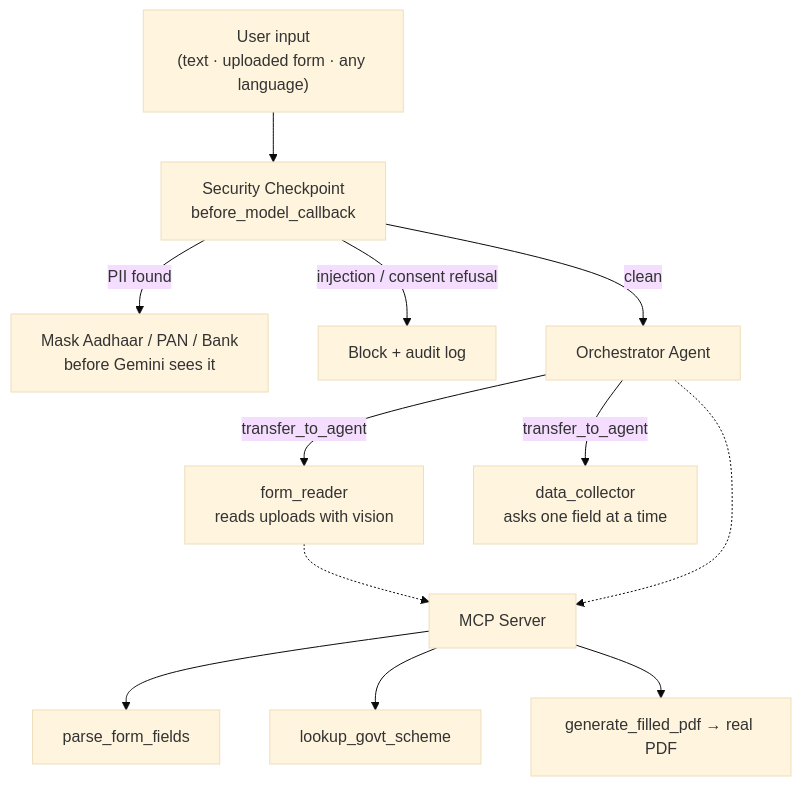
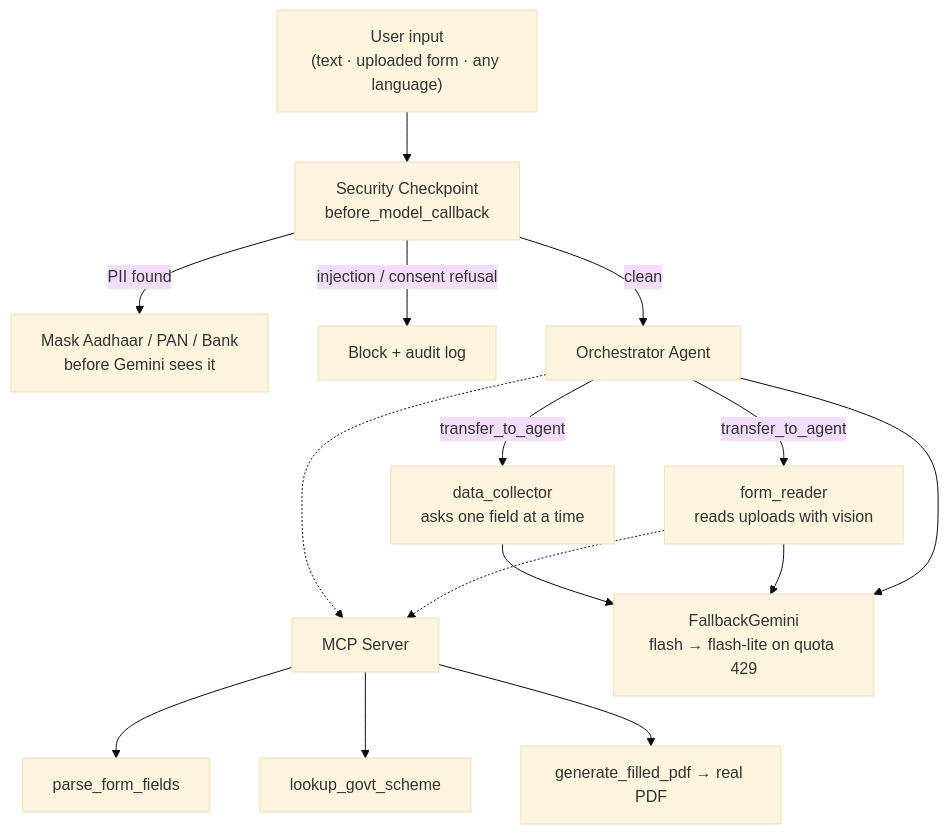
The diagram in README.md (MohammSameer/sugam-form-filler), drawn with Mermaid (base theme) before and after one commit. The commit also changed other lines of this file and 36 other files, not shown here.

````diff
--- a/README.md
+++ b/README.md
@@ -54,16 +69,20 @@
 ```mermaid
 graph TD
     User["User input<br/>(text · uploaded form · any language)"] --> Sec[Security Checkpoint<br/>before_model_callback]
     Sec -- "PII found" --> Mask["Mask Aadhaar / PAN / Bank<br/>before Gemini sees it"]
     Sec -- "injection / consent refusal" --> Block[Block + audit log]
     Sec -- "clean" --> Orch[Orchestrator Agent]
 
     Orch -- "transfer_to_agent" --> FR[form_reader<br/>reads uploads with vision]
     Orch -- "transfer_to_agent" --> DC[data_collector<br/>asks one field at a time]
 
     FR -.-> MCP[MCP Server]
     Orch -.-> MCP
     MCP --> T1[parse_form_fields]
     MCP --> T2[lookup_govt_scheme]
     MCP --> T3["generate_filled_pdf → real PDF"]
+
+    Orch --> FM["FallbackGemini<br/>flash → flash-lite on quota 429"]
+    FR --> FM
+    DC --> FM
 ```
````
